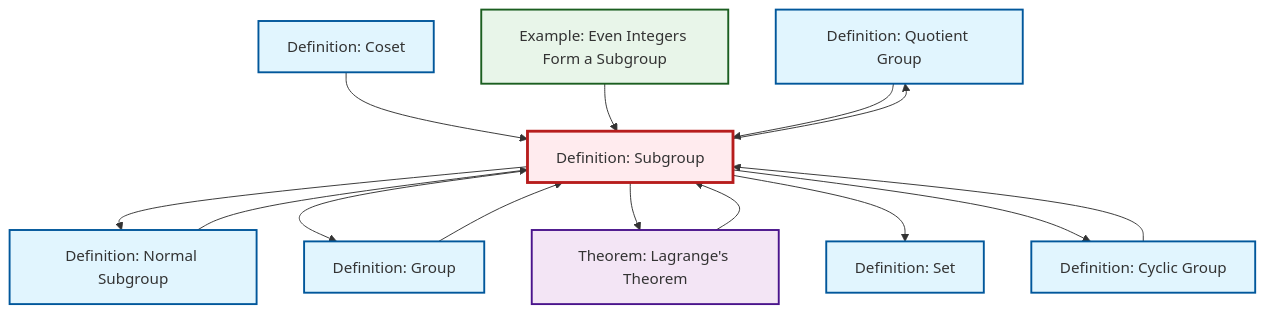
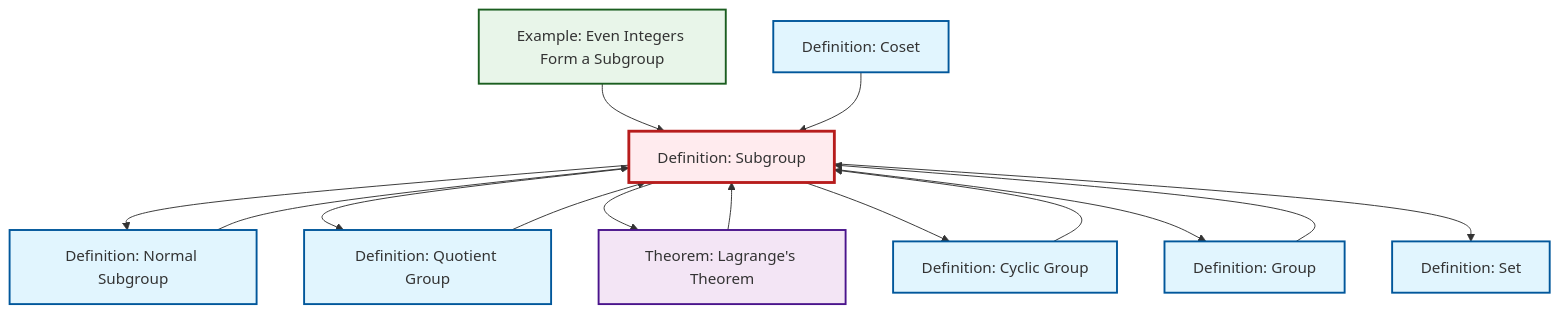
One commit to RK0429/ModernMath changed the diagram in content/ja/algebra/def-subgroup.qmd. Above: the diagram before and after it, drawn with Mermaid. The commit also changed other lines of this file and 615 other files, not shown here.

````diff
--- a/content/ja/algebra/def-subgroup.qmd
+++ b/content/ja/algebra/def-subgroup.qmd
@@ -53,40 +53,40 @@
 ```{mermaid}
 %%| fig-cap: "Local dependency graph"
 graph TD
     classDef definition fill:#e1f5fe,stroke:#01579b,stroke-width:2px
     classDef theorem fill:#f3e5f5,stroke:#4a148c,stroke-width:2px
     classDef axiom fill:#fff3e0,stroke:#e65100,stroke-width:2px
     classDef example fill:#e8f5e9,stroke:#1b5e20,stroke-width:2px
     classDef current fill:#ffebee,stroke:#b71c1c,stroke-width:3px
-    def-quotient-group["Definition: Quotient Group"]:::definition
     def-set["Definition: Set"]:::definition
+    def-subgroup["Definition: Subgroup"]:::definition
+    def-group["Definition: Group"]:::definition
     def-cyclic-group["Definition: Cyclic Group"]:::definition
     thm-lagrange["Theorem: Lagrange's Theorem"]:::theorem
+    ex-even-integers-subgroup["Example: Even Integers Form a Subgroup"]:::example
     def-coset["Definition: Coset"]:::definition
     def-normal-subgroup["Definition: Normal Subgroup"]:::definition
-    ex-even-integers-subgroup["Example: Even Integers Form a Subgroup"]:::example
-    def-group["Definition: Group"]:::definition
-    def-subgroup["Definition: Subgroup"]:::definition
+    def-quotient-group["Definition: Quotient Group"]:::definition
+    ex-even-integers-subgroup --> def-subgroup
+    def-subgroup --> def-normal-subgroup
     def-subgroup --> def-quotient-group
+    def-normal-subgroup --> def-subgroup
+    def-quotient-group --> def-subgroup
+    def-subgroup --> thm-lagrange
+    def-subgroup --> def-cyclic-group
+    def-coset --> def-subgroup
     thm-lagrange --> def-subgroup
-    def-coset --> def-subgroup
-    def-normal-subgroup --> def-subgroup
-    ex-even-integers-subgroup --> def-subgroup
+    def-group --> def-subgroup
     def-cyclic-group --> def-subgroup
-    def-quotient-group --> def-subgroup
-    def-group --> def-subgroup
-    def-subgroup --> def-normal-subgroup
     def-subgroup --> def-group
-    def-subgroup --> thm-lagrange
     def-subgroup --> def-set
-    def-subgroup --> def-cyclic-group
     class def-subgroup current
-    click def-quotient-group "def-quotient-group.html" "Definition: Quotient Groupへ"
     click def-set "def-set.html" "Definition: Setへ"
+    click def-group "def-group.html" "Definition: Groupへ"
     click def-cyclic-group "def-cyclic-group.html" "Definition: Cyclic Groupへ"
     click thm-lagrange "thm-lagrange.html" "Theorem: Lagrange's Theoremへ"
+    click ex-even-integers-subgroup "ex-even-integers-subgroup.html" "Example: Even Integers Form a Subgroupへ"
     click def-coset "def-coset.html" "Definition: Cosetへ"
     click def-normal-subgroup "def-normal-subgroup.html" "Definition: Normal Subgroupへ"
-    click ex-even-integers-subgroup "ex-even-integers-subgroup.html" "Example: Even Integers Form a Subgroupへ"
-    click def-group "def-group.html" "Definition: Groupへ"
+    click def-quotient-group "def-quotient-group.html" "Definition: Quotient Groupへ"
 ```
````
